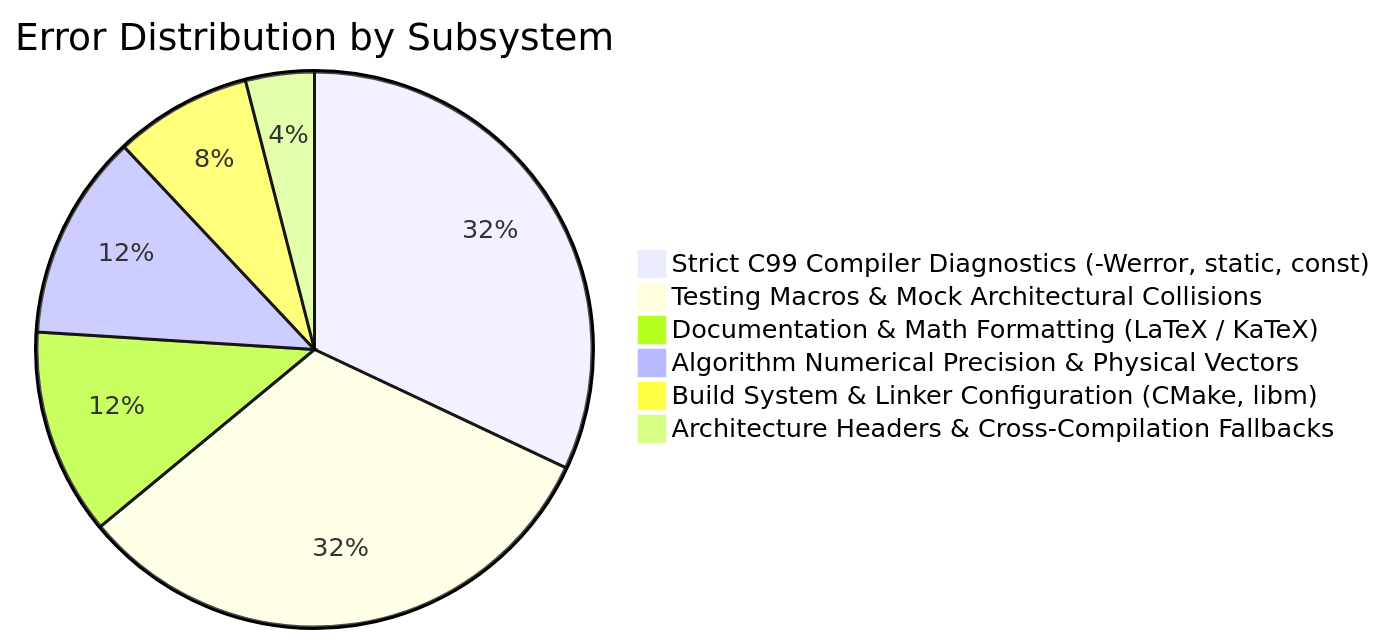
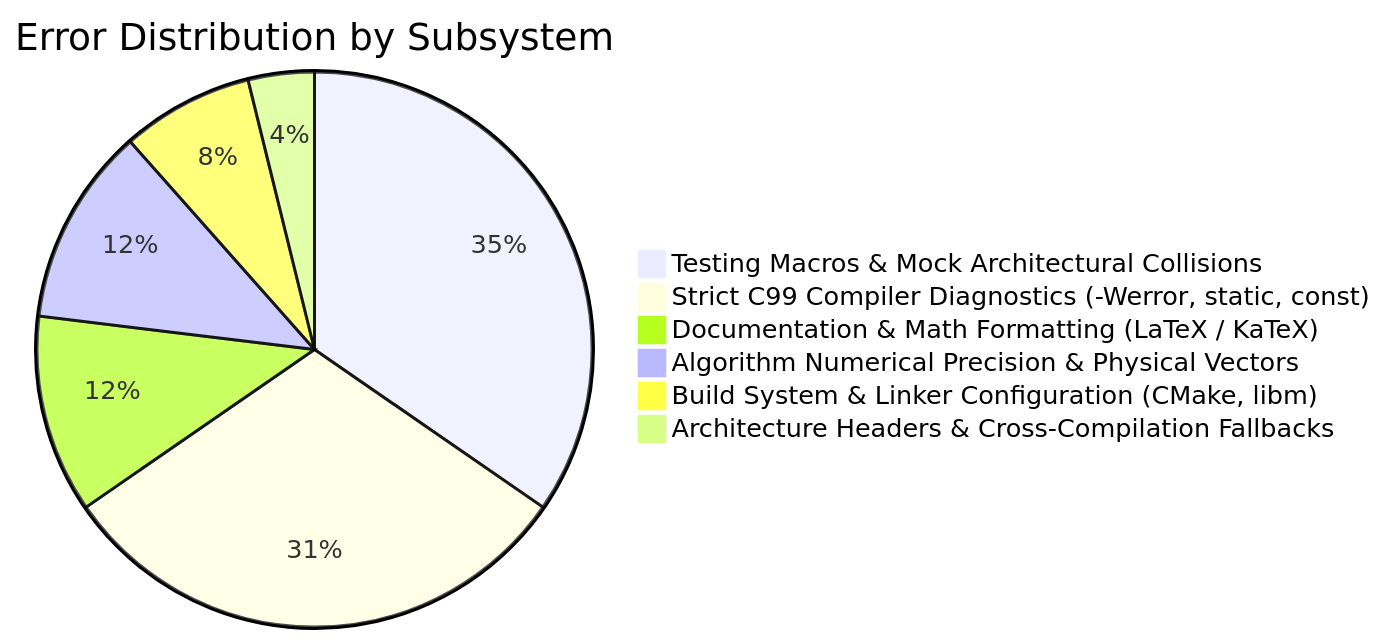
One commit to Thejus26/rain-predict changed the diagram in context/errors/README.md. Above: the diagram before and after it, drawn with Mermaid. The commit also changed other lines of this file and 3 other files, not shown here.

````diff
--- a/context/errors/README.md
+++ b/context/errors/README.md
@@ -41,9 +42,9 @@
 ```mermaid
 pie title Error Distribution by Subsystem
+    "Testing Macros & Mock Architectural Collisions" : 9
     "Strict C99 Compiler Diagnostics (-Werror, static, const)" : 8
-    "Testing Macros & Mock Architectural Collisions" : 8
     "Documentation & Math Formatting (LaTeX / KaTeX)" : 3
     "Algorithm Numerical Precision & Physical Vectors" : 3
     "Build System & Linker Configuration (CMake, libm)" : 2
     "Architecture Headers & Cross-Compilation Fallbacks" : 1
 ```
````
